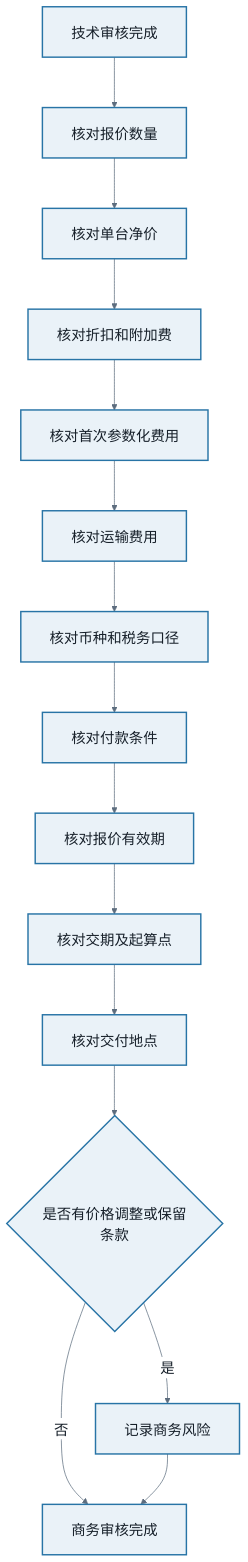
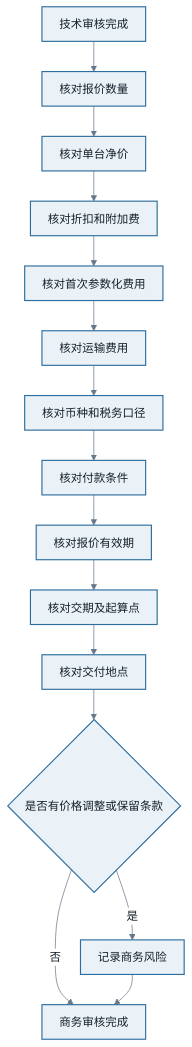
Before and after one commit to giengenbw/chassisprocess: the ninth of 53 diagrams in README.md, drawn with Mermaid. The commit also changed other lines of this file, not shown here.

````diff
--- a/README.md
+++ b/README.md
@@ -223,22 +356,22 @@
 ```mermaid
-%%{init: {'theme':'base','flowchart':{'curve':'basis','nodeSpacing':55,'rankSpacing':70,'padding':20,'htmlLabels':true,'useMaxWidth':false},'themeVariables':{'fontFamily':'Microsoft YaHei, Noto Sans SC, Arial, sans-serif','fontSize':'20px','primaryColor':'#EAF2F8','primaryTextColor':'#17202A','primaryBorderColor':'#2874A6','lineColor':'#5D6D7E','secondaryColor':'#FDF2E9','tertiaryColor':'#E8F8F5','clusterBkg':'#F8F9F9','clusterBorder':'#AAB7B8','edgeLabelBackground':'#FFFFFF'}}}%%
+%%{init: {'theme':'base','flowchart':{'curve':'basis','nodeSpacing':34,'rankSpacing':42,'padding':12,'htmlLabels':true,'useMaxWidth':true},'themeVariables':{'fontFamily':'Microsoft YaHei, Noto Sans SC, Arial, sans-serif','fontSize':'16px','primaryColor':'#EAF2F8','primaryTextColor':'#17202A','primaryBorderColor':'#2E6E9E','lineColor':'#667788','secondaryColor':'#FFF4D6','tertiaryColor':'#E8F6F3','edgeLabelBackground':'#FFFFFF'}}}%%
 flowchart TB
     A[技术审核完成] --> B[核对报价数量]
     B --> C[核对单台净价]
     C --> D[核对折扣和附加费]
     D --> E[核对首次参数化费用]
     E --> F[核对运输费用]
     F --> G[核对币种和税务口径]
     G --> H[核对付款条件]
     H --> I[核对报价有效期]
     I --> J[核对交期及起算点]
     J --> K[核对交付地点]
     K --> L{是否有价格调整或保留条款}
     L -->|是| M[记录商务风险]
     L -->|否| N[商务审核完成]
     M --> N
-    classDef default fill:#EAF2F8,stroke:#2874A6,stroke-width:2px,color:#17202A,font-size:20px;
-    classDef decision fill:#FCF3CF,stroke:#B7950B,stroke-width:3px,color:#4D3B00,font-size:20px;
-    classDef stop fill:#FDEDEC,stroke:#C0392B,stroke-width:3px,color:#641E16,font-size:20px;
-    classDef success fill:#E8F8F5,stroke:#148F77,stroke-width:3px,color:#0B5345,font-size:20px;
+    classDef default fill:#EAF2F8,stroke:#2E6E9E,stroke-width:1.6px,color:#17202A,font-size:16px;
+    classDef decision fill:#FFF4D6,stroke:#B8860B,stroke-width:2px,color:#4A3A00,font-size:16px;
+    classDef exception fill:#FCE8E6,stroke:#B3261E,stroke-width:2px,color:#6A1B16,font-size:16px;
+    classDef outcome fill:#E8F6F3,stroke:#16836B,stroke-width:2px,color:#0B5345,font-size:16px;
 ```
````
